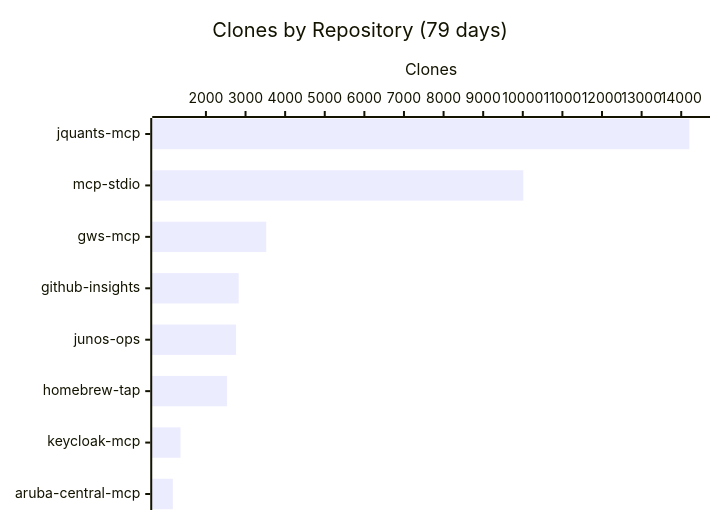
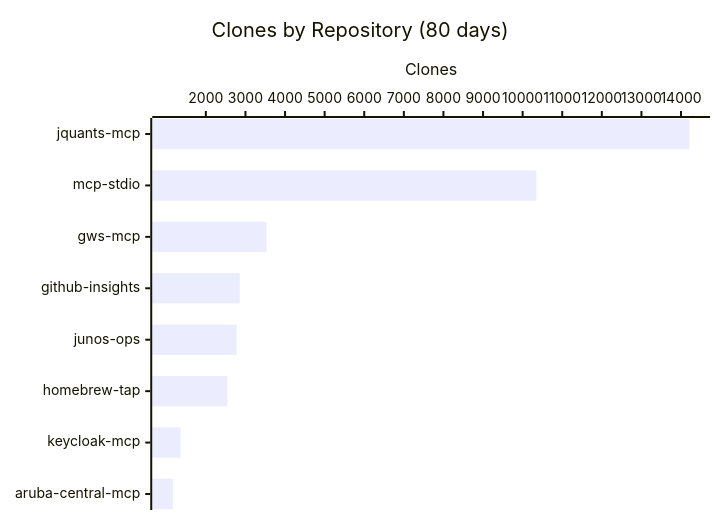
One commit to shigechika/github-insights changed the third of 3 diagrams in README.md. Above: the diagram before and after it, drawn with Mermaid. The commit also changed other lines of this file and 2 other files, not shown here.

````diff
--- a/README.md
+++ b/README.md
@@ -43,7 +43,7 @@
 ```mermaid
 xychart-beta horizontal
-    title "Clones by Repository (79 days)"
+    title "Clones by Repository (80 days)"
     x-axis ["jquants-mcp", "mcp-stdio", "gws-mcp", "github-insights", "junos-ops", "homebrew-tap", "keycloak-mcp", "aruba-central-mcp"]
     y-axis "Clones"
-    bar [14206, 10014, 3523, 2827, 2761, 2534, 1359, 1165]
+    bar [14211, 10349, 3532, 2858, 2776, 2543, 1362, 1167]
 ```
````
